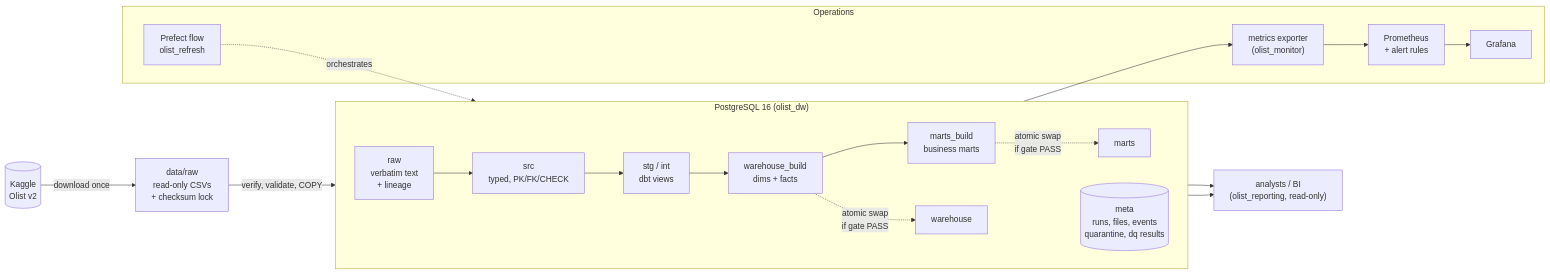
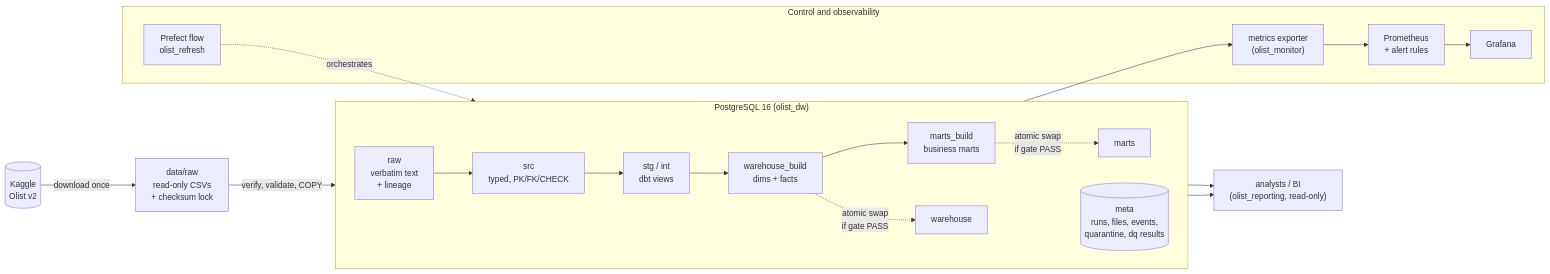
The diagram in README.md (DanieleBrignani/olist-data-platform), drawn with Mermaid before and after one commit. The commit also changed other lines of this file and 10 other files, not shown here.

````diff
--- a/README.md
+++ b/README.md
@@ -49,21 +35,21 @@
 ```mermaid
 flowchart LR
     K[("Kaggle<br/>Olist v2")] -->|download once| R["data/raw<br/>read-only CSVs<br/>+ checksum lock"]
     subgraph PG["PostgreSQL 16 (olist_dw)"]
         direction LR
         RAW["raw<br/>verbatim text<br/>+ lineage"] --> SRC["src<br/>typed, PK/FK/CHECK"]
         SRC --> STG["stg / int<br/>dbt views"] --> WB["warehouse_build<br/>dims + facts"] --> MB["marts_build<br/>business marts"]
-        META[("meta<br/>runs, files, events<br/>quarantine, dq results")]
+        META[("meta<br/>runs, files, events,<br/>quarantine, dq results")]
         WB -. "atomic swap<br/>if gate PASS" .-> W["warehouse"]
         MB -. "atomic swap<br/>if gate PASS" .-> M["marts"]
     end
     R -->|verify, validate, COPY| RAW
     M --> BI["analysts / BI<br/>(olist_reporting, read-only)"]
     W --> BI
-    subgraph OPS["Operations"]
+    subgraph OPS["Control and observability"]
         PF["Prefect flow<br/>olist_refresh"]
         EX["metrics exporter<br/>(olist_monitor)"] --> PR["Prometheus<br/>+ alert rules"] --> GR["Grafana"]
     end
     PF -. orchestrates .-> PG
     META --> EX
 ```
````
